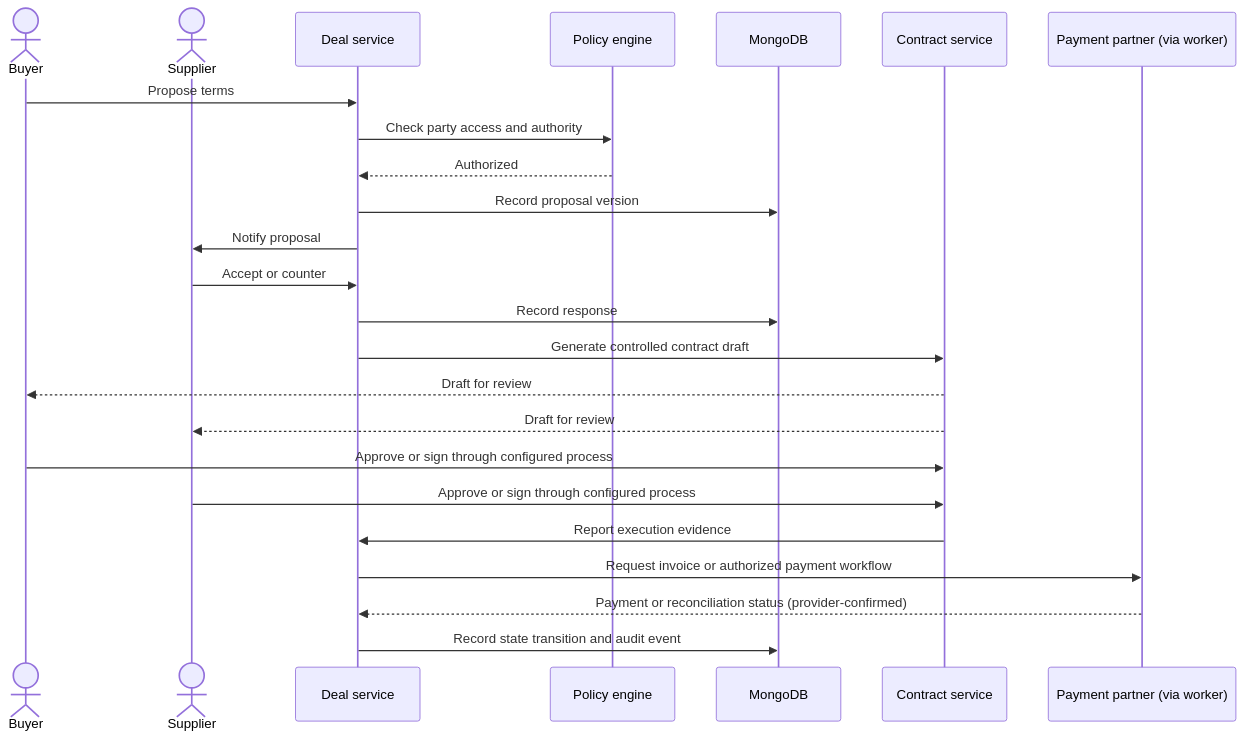
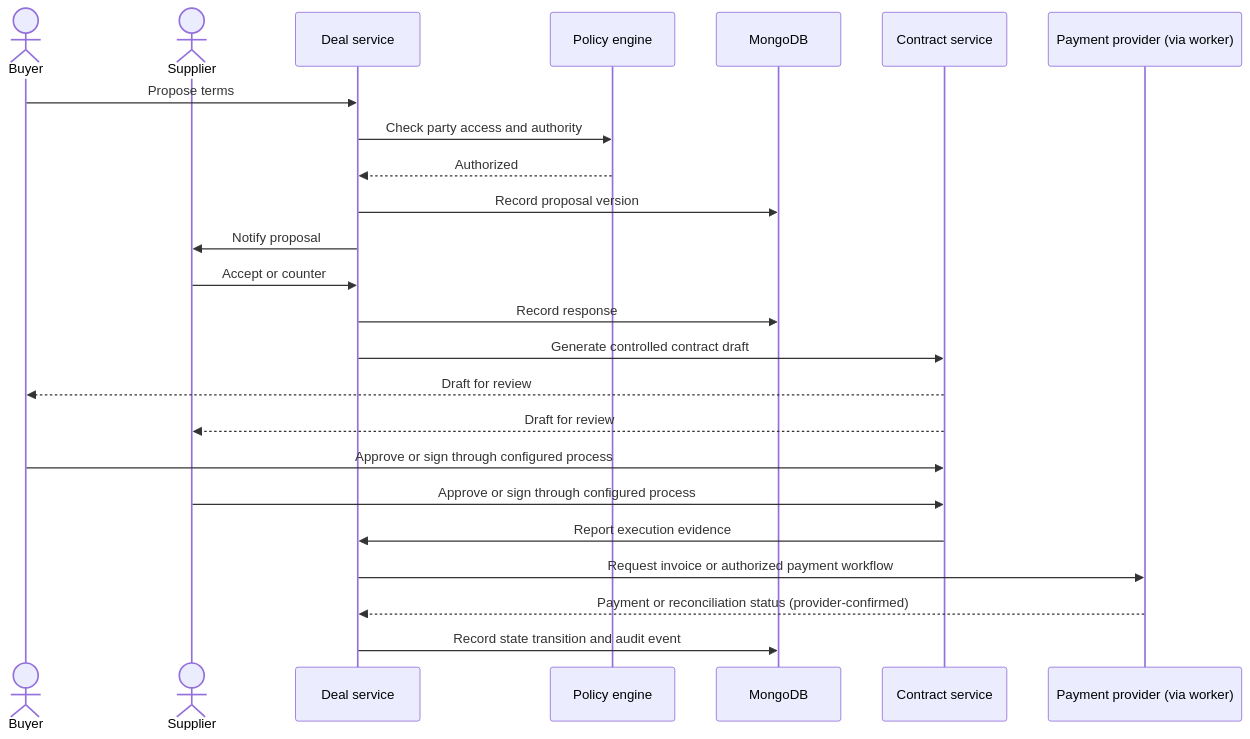
Before and after one commit to greensoft-atom/tex-platform: diagram 15 of 21 in 05-system-design-blueprint.md, drawn with Mermaid. The commit also changed other lines of this file and 130 other files, not shown here.

````diff
--- a/05-system-design-blueprint.md
+++ b/05-system-design-blueprint.md
@@ -888,26 +888,26 @@
 ```mermaid
 sequenceDiagram
     actor Buyer
     actor Supplier
     participant DEAL as Deal service
     participant POL as Policy engine
     participant DB as MongoDB
     participant CON as Contract service
-    participant FIN as Payment partner (via worker)
+    participant FIN as Payment provider (via worker)
     Buyer->>DEAL: Propose terms
     DEAL->>POL: Check party access and authority
     POL-->>DEAL: Authorized
     DEAL->>DB: Record proposal version
     DEAL->>Supplier: Notify proposal
     Supplier->>DEAL: Accept or counter
     DEAL->>DB: Record response
     DEAL->>CON: Generate controlled contract draft
     CON-->>Buyer: Draft for review
     CON-->>Supplier: Draft for review
     Buyer->>CON: Approve or sign through configured process
     Supplier->>CON: Approve or sign through configured process
     CON->>DEAL: Report execution evidence
     DEAL->>FIN: Request invoice or authorized payment workflow
     FIN-->>DEAL: Payment or reconciliation status (provider-confirmed)
     DEAL->>DB: Record state transition and audit event
 ```
````
